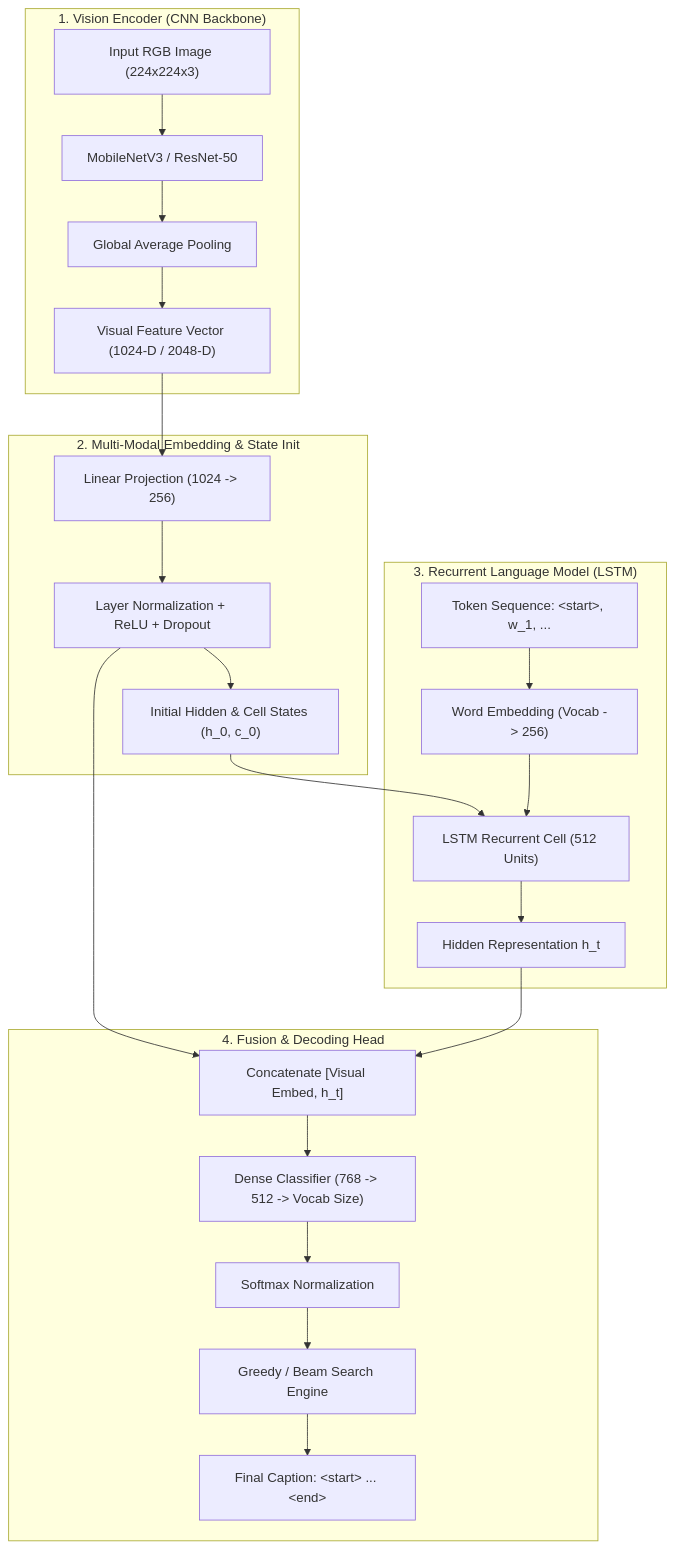
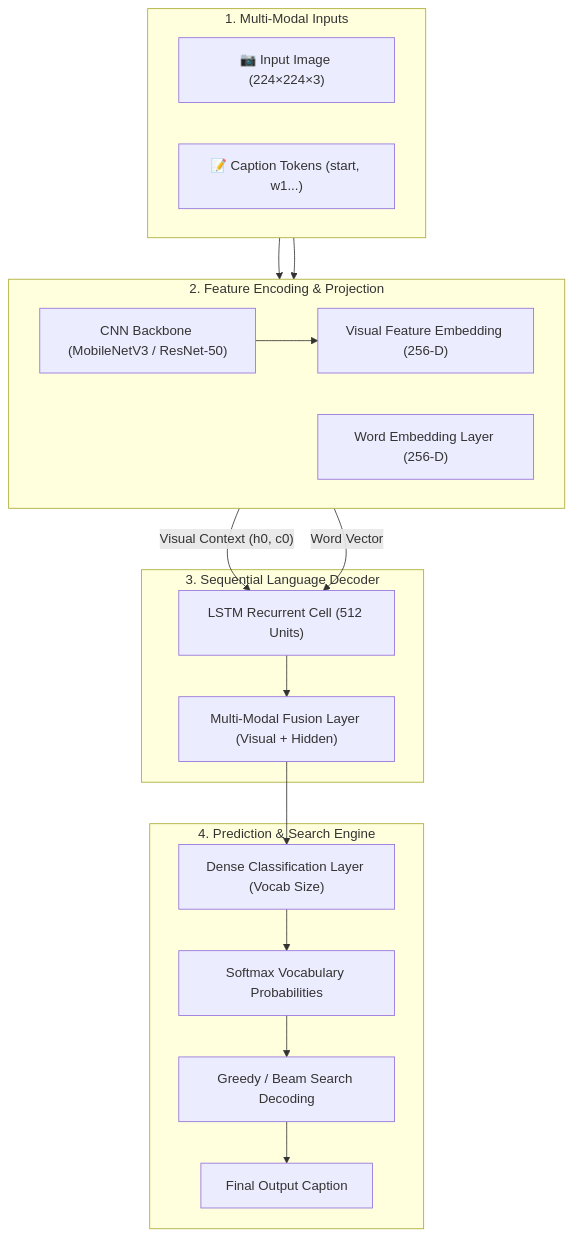
The diagram in README.md (abhishek947kumar/image-caption-generator), drawn with Mermaid before and after one commit.

Commit message:
fix(docs): restructure architecture Mermaid flowchart to eliminate cross-box lines

````diff
--- a/README.md
+++ b/README.md
@@ -90,30 +90,28 @@
 ```mermaid
 flowchart TD
-    subgraph VisionEncoder["1. Vision Encoder (CNN Backbone)"]
-        A["Input RGB Image (224x224x3)"] --> B["MobileNetV3 / ResNet-50"]
-        B --> C["Global Average Pooling"]
-        C --> D["Visual Feature Vector (1024-D / 2048-D)"]
+    subgraph Inputs["1. Multi-Modal Inputs"]
+        direction LR
+        A["📷 Input Image (224×224×3)"]
+        T["📝 Caption Tokens (start, w1...)"]
     end
 
-    subgraph MultiModal["2. Multi-Modal Embedding & State Init"]
-        D --> E["Linear Projection (1024 -> 256)"]
-        E --> F["Layer Normalization + ReLU + Dropout"]
-        F --> G["Initial Hidden & Cell States (h_0, c_0)"]
+    subgraph Encoders["2. Feature Encoding & Projection"]
+        direction LR
+        A --> B["CNN Backbone (MobileNetV3 / ResNet-50)"]
+        B --> C["Visual Feature Embedding (256-D)"]
+        T --> D["Word Embedding Layer (256-D)"]
     end
 
-    subgraph LanguageDecoder["3. Recurrent Language Model (LSTM)"]
-        H["Token Sequence: &lt;start&gt;, w_1, ..."] --> I["Word Embedding (Vocab -> 256)"]
-        G --> J["LSTM Recurrent Cell (512 Units)"]
-        I --> J
-        J --> K["Hidden Representation h_t"]
+    subgraph Decoder["3. Sequential Language Decoder"]
+        C -->|"Visual Context (h0, c0)"| E["LSTM Recurrent Cell (512 Units)"]
+        D -->|"Word Vector"| E
+        E --> F["Multi-Modal Fusion Layer (Visual + Hidden)"]
     end
 
-    subgraph Fusion["4. Fusion & Decoding Head"]
-        F --> L["Concatenate [Visual Embed, h_t]"]
-        K --> L
-        L --> M["Dense Classifier (768 -> 512 -> Vocab Size)"]
-        M --> N["Softmax Normalization"]
-        N --> O["Greedy / Beam Search Engine"]
-        O --> P["Final Caption: &lt;start&gt; ... &lt;end&gt;"]
+    subgraph Output["4. Prediction & Search Engine"]
+        F --> G["Dense Classification Layer (Vocab Size)"]
+        G --> H["Softmax Vocabulary Probabilities"]
+        H --> I["Greedy / Beam Search Decoding"]
+        I --> J["Final Output Caption"]
     end
 ```
````
